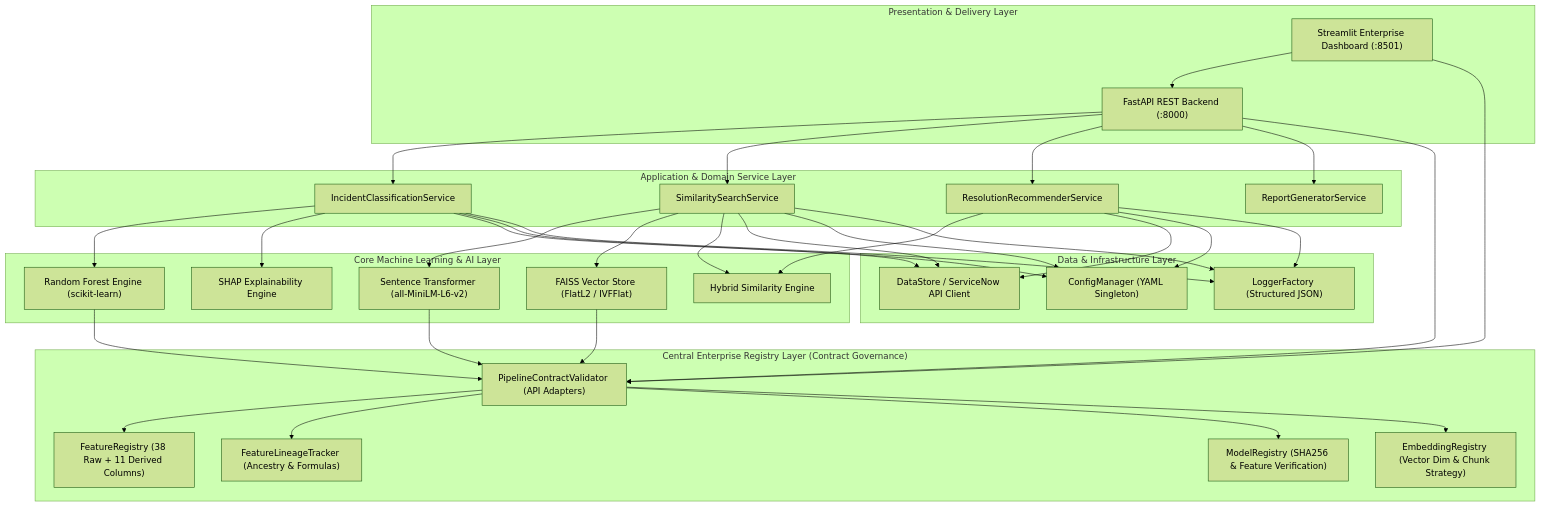
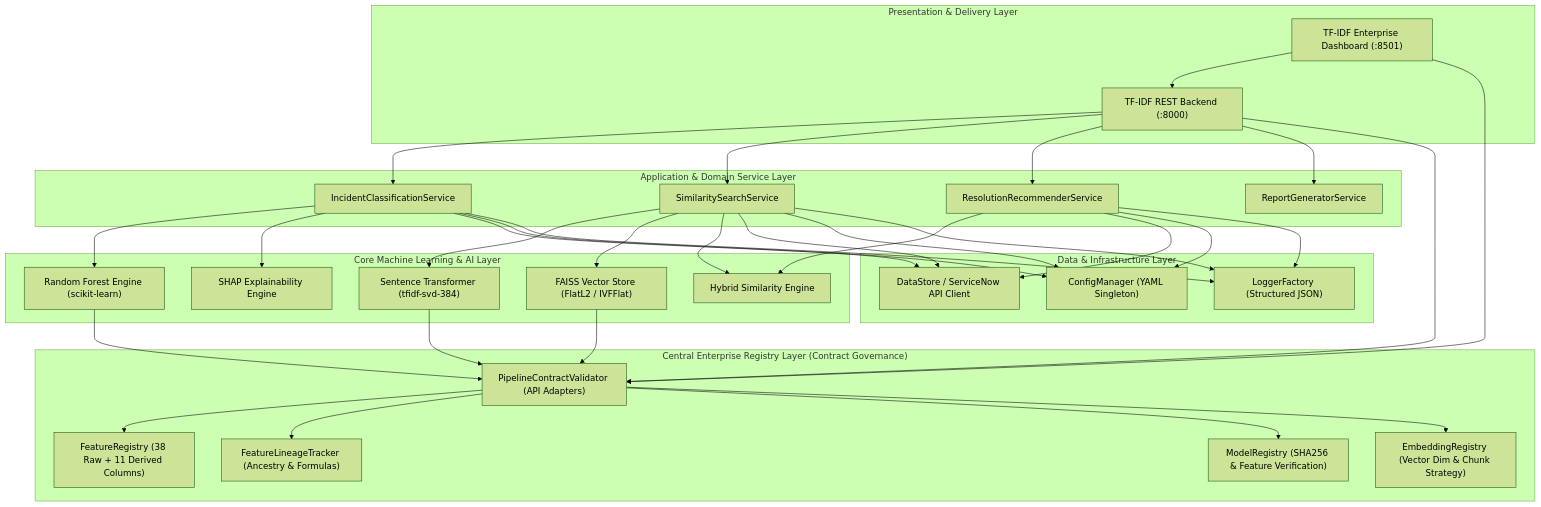
One commit to anshsingh1121/ML changed the diagram in docs/architecture/architecture.md. Above: the diagram before and after it, drawn with Mermaid (forest theme). The commit also changed other lines of this file and 60 other files, not shown here.

Commit message:
Refactor: Deep cleanup, remove HPO and legacy code, consolidate CatBoost architecture

````diff
--- a/docs/architecture/architecture.md
+++ b/docs/architecture/architecture.md
@@ -13,45 +13,45 @@
 ```mermaid
 graph TB
     subgraph Presentation["Presentation & Delivery Layer"]
-        DASH["Streamlit Enterprise Dashboard (:8501)"]
-        API["FastAPI REST Backend (:8000)"]
+        DASH["TF-IDF Enterprise Dashboard (:8501)"]
+        API["TF-IDF REST Backend (:8000)"]
     end
 
     subgraph Service["Application & Domain Service Layer"]
         CLASS["IncidentClassificationService"]
         SIM_SVC["SimilaritySearchService"]
         REC_SVC["ResolutionRecommenderService"]
         REP_SVC["ReportGeneratorService"]
     end
 
     subgraph CoreML["Core Machine Learning & AI Layer"]
         RF["Random Forest Engine (scikit-learn)"]
-        EMB["Sentence Transformer (all-MiniLM-L6-v2)"]
+        EMB["Sentence Transformer (tfidf-svd-384)"]
         FAISS["FAISS Vector Store (FlatL2 / IVFFlat)"]
         HYBRID["Hybrid Similarity Engine"]
         SHAP_ENG["SHAP Explainability Engine"]
     end
 
     subgraph RegistryLayer["Central Enterprise Registry Layer (Contract Governance)"]
         FEAT_REG["FeatureRegistry (38 Raw + 11 Derived Columns)"]
         LIN_TRK["FeatureLineageTracker (Ancestry & Formulas)"]
         MOD_REG["ModelRegistry (SHA256 & Feature Verification)"]
         EMB_REG["EmbeddingRegistry (Vector Dim & Chunk Strategy)"]
         CONTRACT["PipelineContractValidator (API Adapters)"]
     end
 
     subgraph Data["Data & Infrastructure Layer"]
         CFG["ConfigManager (YAML Singleton)"]
         LOG["LoggerFactory (Structured JSON)"]
         REPO["DataStore / ServiceNow API Client"]
     end
 
     DASH --> API
     API --> CLASS & SIM_SVC & REC_SVC & REP_SVC
     CLASS --> RF & SHAP_ENG
     SIM_SVC --> EMB & FAISS & HYBRID
     REC_SVC --> HYBRID
     CLASS & SIM_SVC & REC_SVC --> REPO & CFG & LOG
     RF & EMB & FAISS & DASH & API --> CONTRACT
     CONTRACT --> FEAT_REG & LIN_TRK & MOD_REG & EMB_REG
 ```
````
